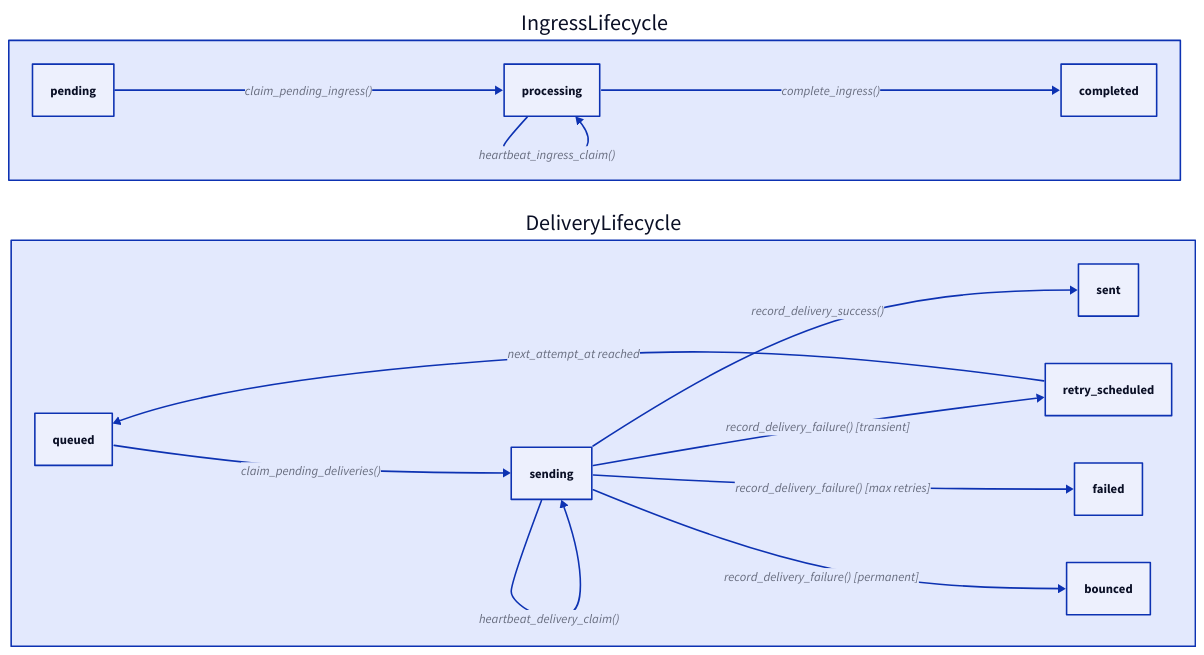
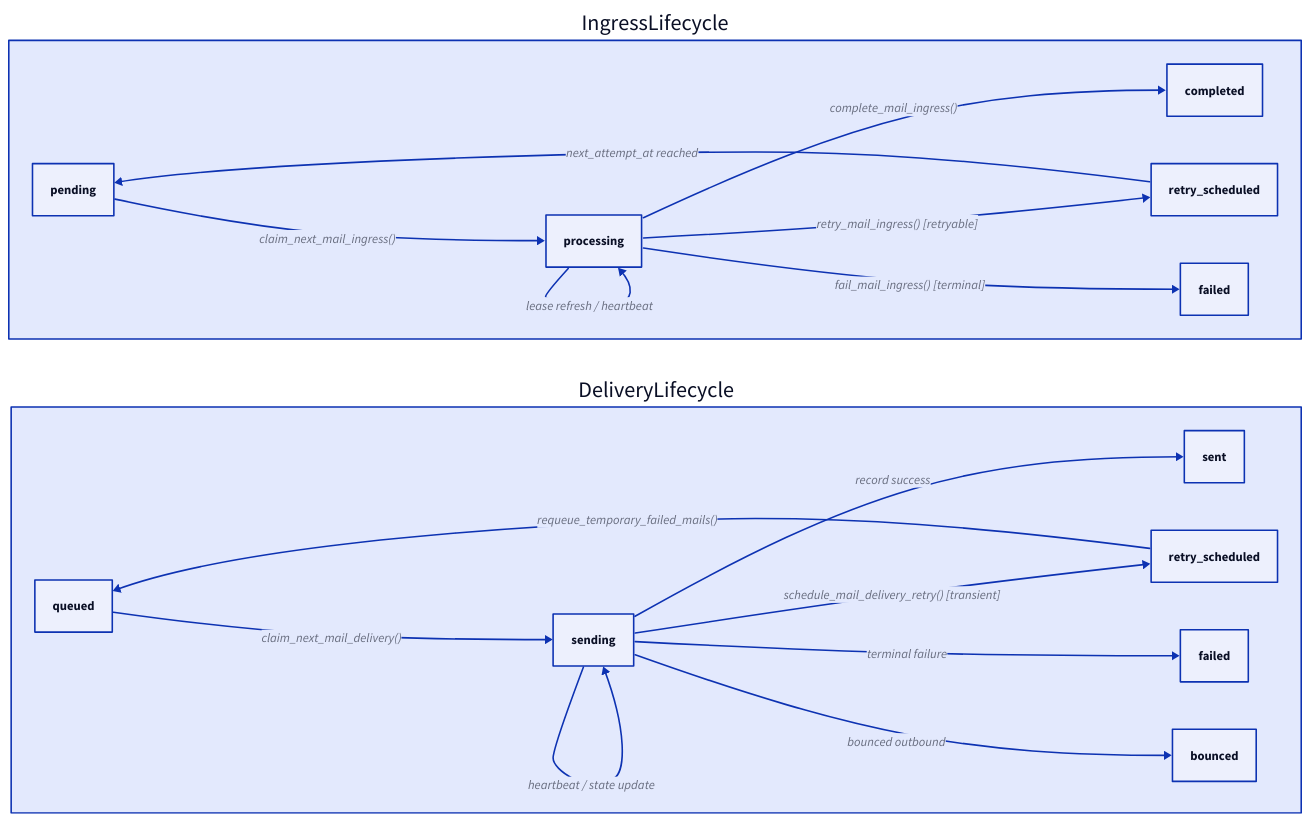
Before and after one commit to enaut/kommunikationszentrum: the diagram in docs/src/core/spacetimedb/reducers-delivery-pipeline-state.d2, drawn with D2. The commit also changed 14 other files, not shown here.

```diff
--- a/docs/src/core/spacetimedb/reducers-delivery-pipeline-state.d2
+++ b/docs/src/core/spacetimedb/reducers-delivery-pipeline-state.d2
@@ -1,17 +1,20 @@
 direction: right
 
 IngressLifecycle: {
-  pending -> processing: "claim_pending_ingress()"
-  processing -> processing: "heartbeat_ingress_claim()"
-  processing -> completed: "complete_ingress()"
+  pending -> processing: "claim_next_mail_ingress()"
+  processing -> processing: "lease refresh / heartbeat"
+  processing -> completed: "complete_mail_ingress()"
+  processing -> retry_scheduled: "retry_mail_ingress() [retryable]"
+  processing -> failed: "fail_mail_ingress() [terminal]"
+  retry_scheduled -> pending: "next_attempt_at reached"
 }
 
 DeliveryLifecycle: {
-  queued -> sending: "claim_pending_deliveries()"
-  sending -> sending: "heartbeat_delivery_claim()"
-  sending -> sent: "record_delivery_success()"
-  sending -> retry_scheduled: "record_delivery_failure() [transient]"
-  sending -> failed: "record_delivery_failure() [max retries]"
-  sending -> bounced: "record_delivery_failure() [permanent]"
-  retry_scheduled -> queued: "next_attempt_at reached"
+  queued -> sending: "claim_next_mail_delivery()"
+  sending -> sending: "heartbeat / state update"
+  sending -> sent: "record success"
+  sending -> retry_scheduled: "schedule_mail_delivery_retry() [transient]"
+  sending -> failed: "terminal failure"
+  sending -> bounced: "bounced outbound"
+  retry_scheduled -> queued: "requeue_temporary_failed_mails()"
 }
```
